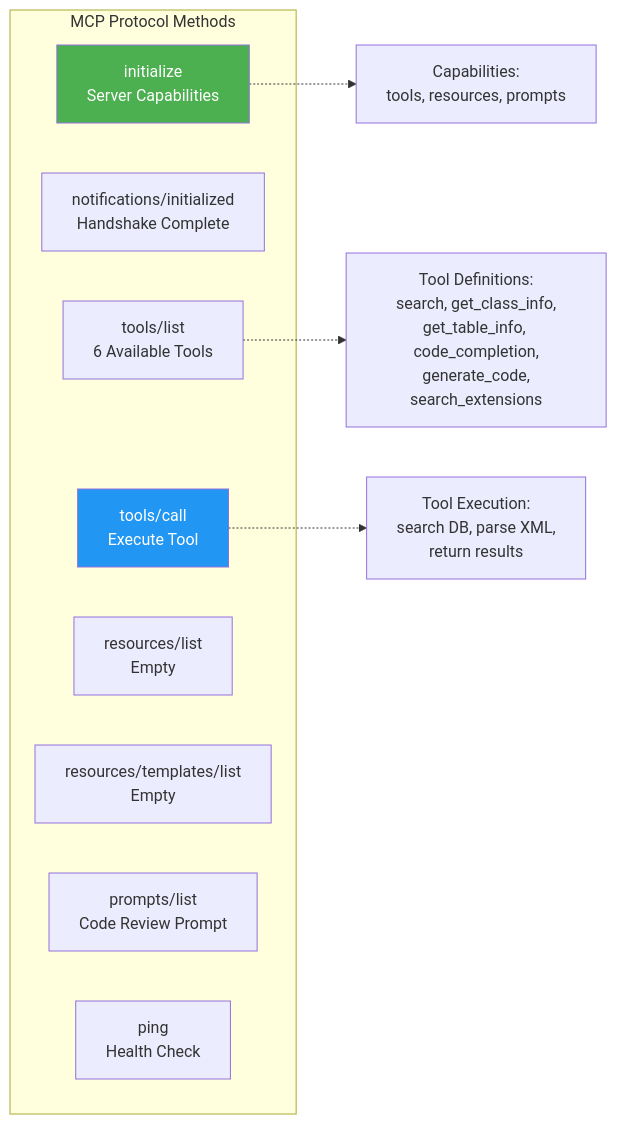
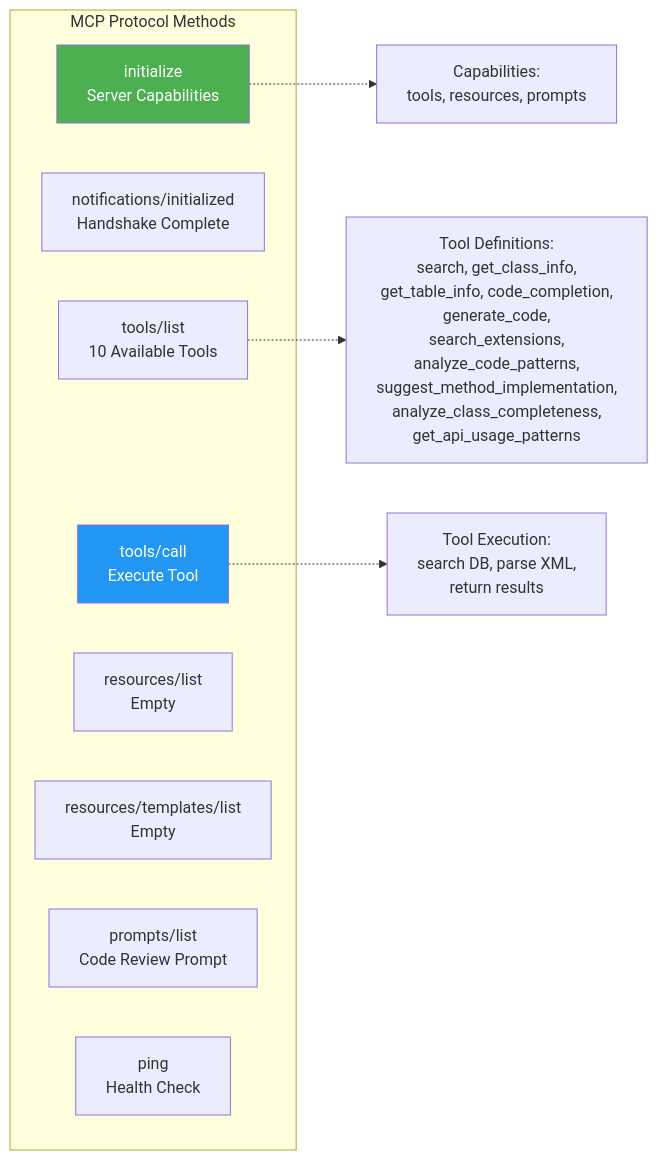
Before and after one commit to dynamics365ninja/d365fo-mcp-server: the ninth of 16 diagrams in docs/ARCHITECTURE.md, drawn with Mermaid. The commit also changed other lines of this file and 20 other files, not shown here.

First line of the commit message:
feat: Add intelligent code generation tools with pattern analysis

````diff
--- a/docs/ARCHITECTURE.md
+++ b/docs/ARCHITECTURE.md
@@ -406,20 +410,20 @@
 ```mermaid
 graph LR
     subgraph "MCP Protocol Methods"
         INIT[initialize<br/>Server Capabilities]
         NOTIFY[notifications/initialized<br/>Handshake Complete]
-        TOOLS_LIST[tools/list<br/>6 Available Tools]
+        TOOLS_LIST[tools/list<br/>10 Available Tools]
         TOOLS_CALL[tools/call<br/>Execute Tool]
         RES_LIST[resources/list<br/>Empty]
         RES_TMPL[resources/templates/list<br/>Empty]
         PROMPT_LIST[prompts/list<br/>Code Review Prompt]
         PING[ping<br/>Health Check]
     end
 
     INIT -.-> CAPS[Capabilities:<br/>tools, resources, prompts]
-    TOOLS_LIST -.-> TOOL_DEFS[Tool Definitions:<br/>search, get_class_info,<br/>get_table_info, code_completion,<br/>generate_code,<br/>search_extensions]
+    TOOLS_LIST -.-> TOOL_DEFS[Tool Definitions:<br/>search, get_class_info,<br/>get_table_info, code_completion,<br/>generate_code,<br/>search_extensions,<br/>analyze_code_patterns,<br/>suggest_method_implementation,<br/>analyze_class_completeness,<br/>get_api_usage_patterns]
     TOOLS_CALL -.-> EXEC[Tool Execution:<br/>search DB, parse XML,<br/>return results]
     
     style INIT fill:#4CAF50,color:#fff
     style TOOLS_CALL fill:#2196F3,color:#fff
 ```
````
